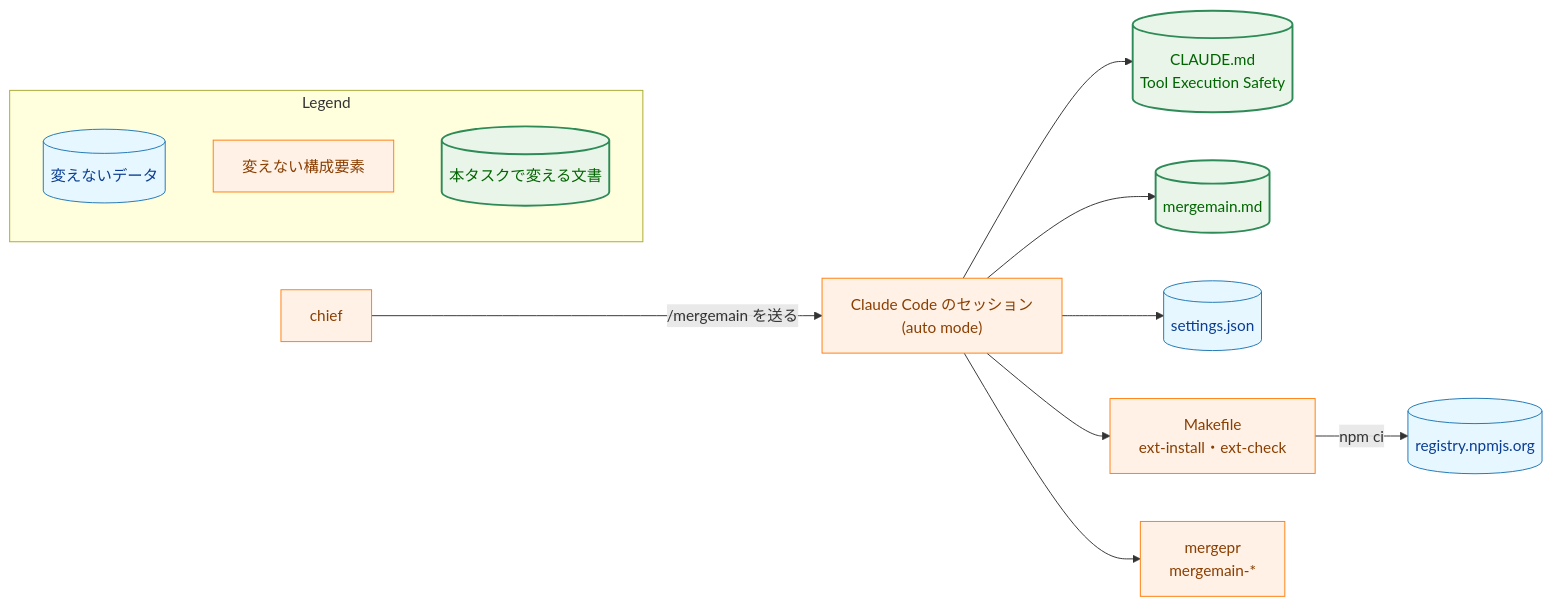
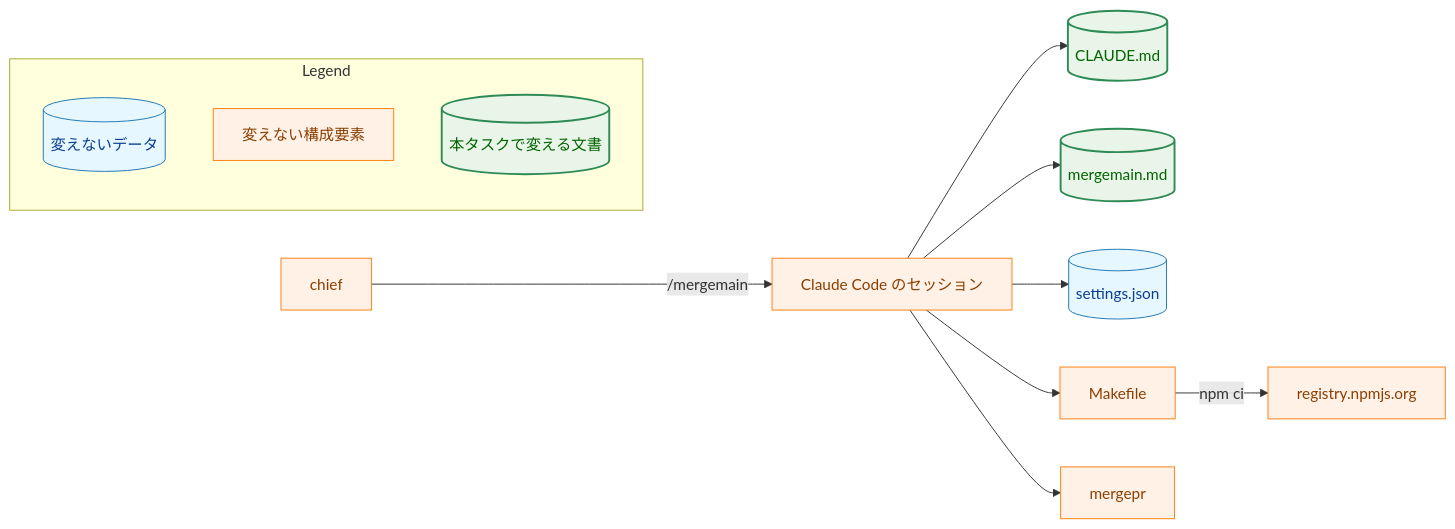
Before and after one commit to isseis/yt2column: the second of 5 diagrams in docs/tasks/0130_mergemain_ext_install/02_architecture.md, drawn with Mermaid. The commit also changed other lines of this file and 1 other file, not shown here.

First line of the commit message:
docs(0130): address the architecture review and improve its Japanese prose

````diff
--- a/docs/tasks/0130_mergemain_ext_install/02_architecture.md
+++ b/docs/tasks/0130_mergemain_ext_install/02_architecture.md
@@ -95,36 +104,36 @@
 ```mermaid
 flowchart LR
     classDef data fill:#e6f7ff,stroke:#1f77b4,stroke-width:1px,color:#0b3d91;
     classDef process fill:#fff1e6,stroke:#ff7f0e,stroke-width:1px,color:#8a3e00;
     classDef enhanced fill:#e8f5e8,stroke:#2e8b57,stroke-width:2px,color:#006400;
 
     CHIEF["chief"]
-    SESSION["Claude Code のセッション<br>(auto mode)"]
-    CLAUDEMD[("CLAUDE.md<br>Tool Execution Safety")]
+    SESSION["Claude Code のセッション"]
+    CLAUDEMD[("CLAUDE.md")]
     DEF[("mergemain.md")]
     SETTINGS[("settings.json")]
-    MAKE["Makefile<br>ext-install・ext-check"]
-    MERGEPR["mergepr<br>mergemain-*"]
-    REG[("registry.npmjs.org")]
+    MAKE["Makefile"]
+    MERGEPR["mergepr"]
+    REG["registry.npmjs.org"]
 
-    CHIEF -->|"/mergemain を送る"| SESSION
+    CHIEF -->|"/mergemain"| SESSION
     SESSION --> CLAUDEMD
     SESSION --> DEF
     SESSION --> SETTINGS
     SESSION --> MAKE
     SESSION --> MERGEPR
     MAKE -->|"npm ci"| REG
 
-    class REG,SETTINGS data
-    class CHIEF,SESSION,MAKE,MERGEPR process
+    class SETTINGS data
+    class CHIEF,SESSION,MAKE,MERGEPR,REG process
     class CLAUDEMD,DEF enhanced
 
     subgraph Legend["Legend"]
         L1[("変えないデータ")]
         L2["変えない構成要素"]
         L3[("本タスクで変える文書")]
     end
     class L1 data
     class L2 process
     class L3 enhanced
 ```
````
